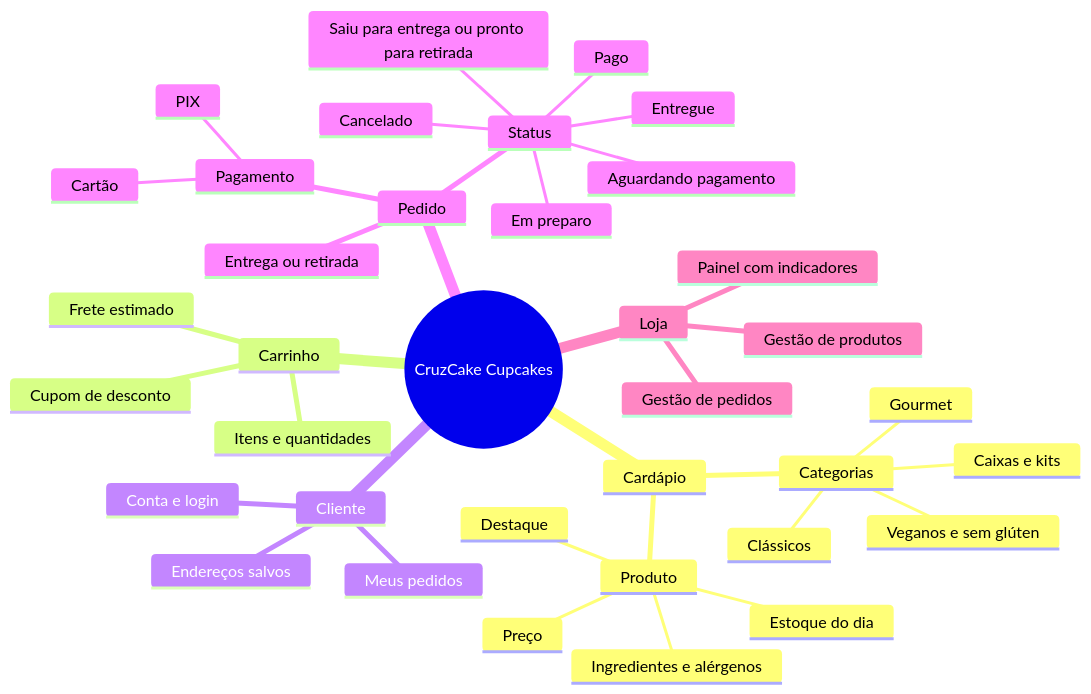
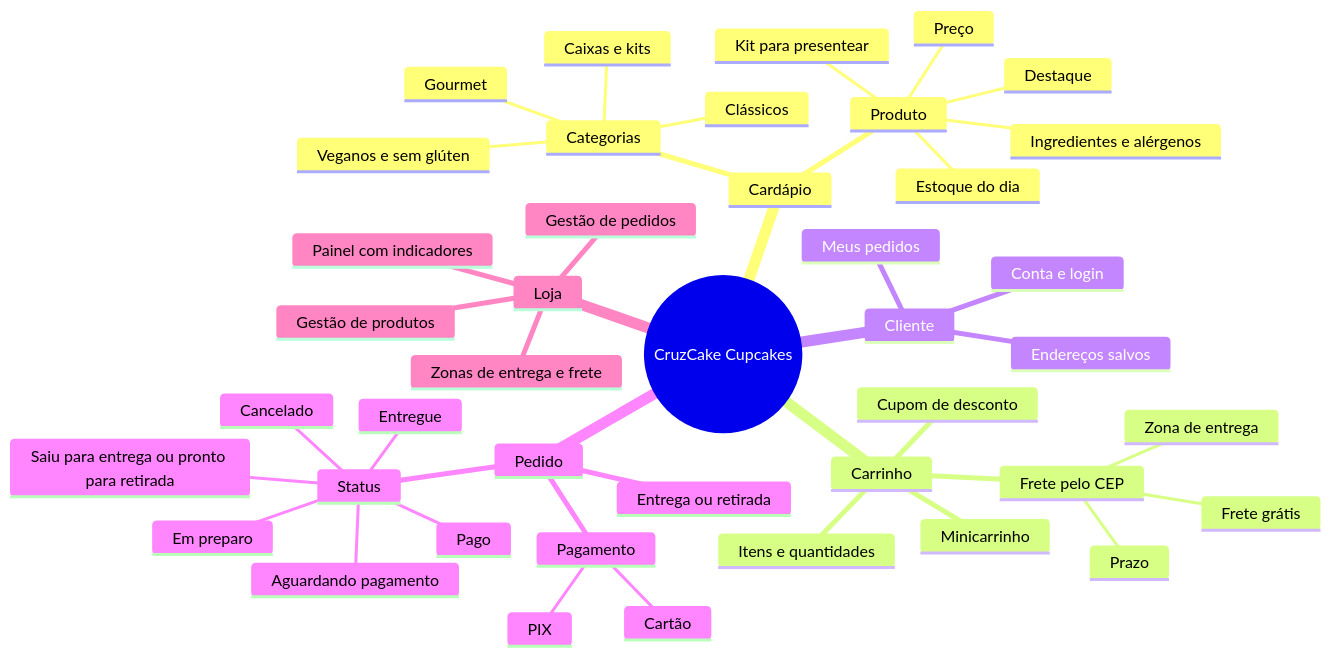
The first of 2 diagrams in docs/situacao-1-planejamento/06-ihc.md (massacruabusy/CruzCake_PIT2), drawn with Mermaid before and after one commit. The commit also changed other lines of this file and 17 other files, not shown here.

````diff
--- a/docs/situacao-1-planejamento/06-ihc.md
+++ b/docs/situacao-1-planejamento/06-ihc.md
@@ -42,39 +42,45 @@
 ```mermaid
 mindmap
   root((CruzCake Cupcakes))
     Cardápio
       Categorias
         Clássicos
         Gourmet
         Veganos e sem glúten
         Caixas e kits
       Produto
         Preço
         Ingredientes e alérgenos
         Estoque do dia
         Destaque
+        Kit para presentear
     Carrinho
+      Minicarrinho
       Itens e quantidades
       Cupom de desconto
-      Frete estimado
+      Frete pelo CEP
+        Zona de entrega
+        Prazo
+        Frete grátis
     Cliente
       Conta e login
       Endereços salvos
       Meus pedidos
     Pedido
       Entrega ou retirada
       Pagamento
         PIX
         Cartão
       Status
         Aguardando pagamento
         Pago
         Em preparo
         Saiu para entrega ou pronto para retirada
         Entregue
         Cancelado
     Loja
       Painel com indicadores
       Gestão de produtos
       Gestão de pedidos
+      Zonas de entrega e frete
 ```
````
